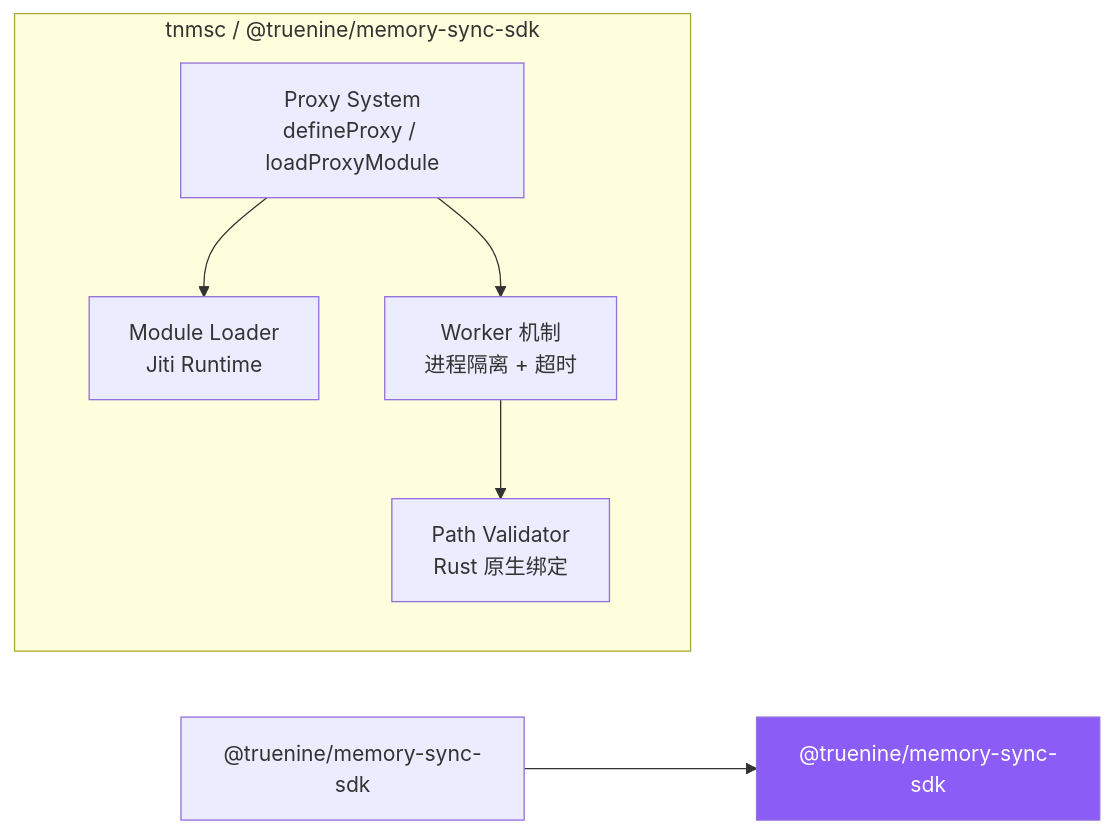
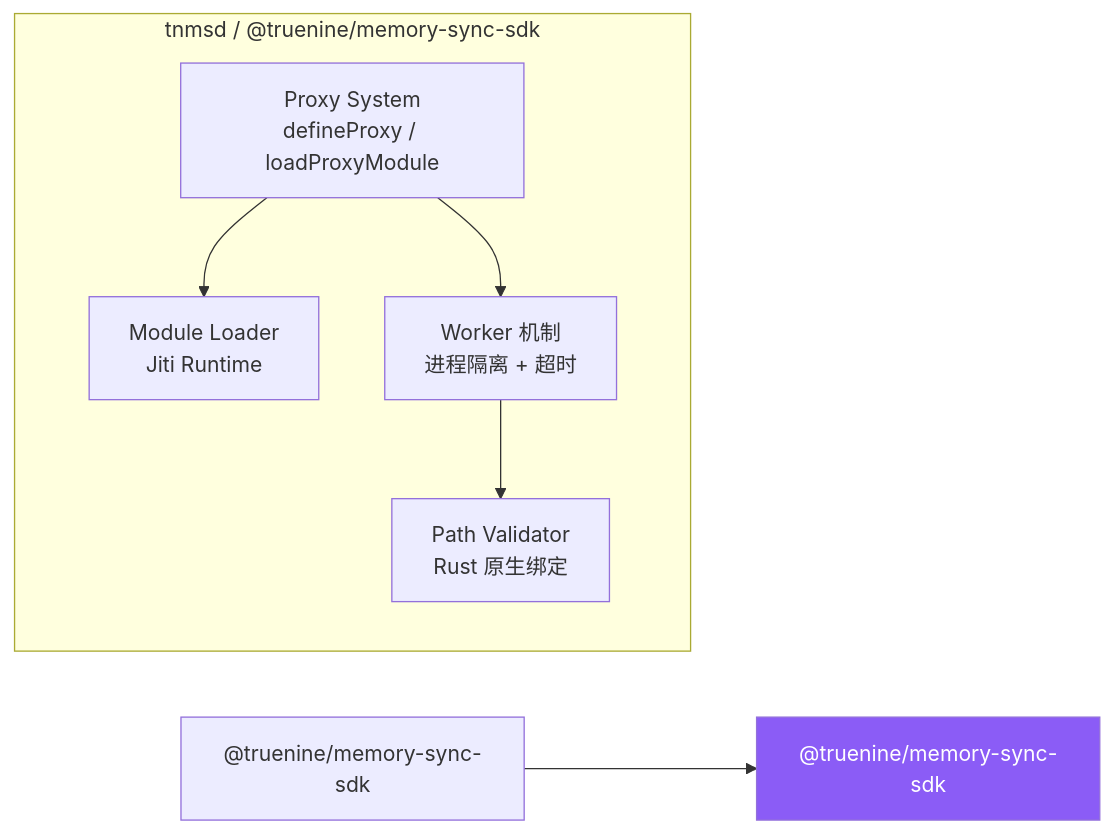
The fourth of 6 diagrams in doc/content/sdk/architecture.mdx (TrueNine/memory-sync), drawn with Mermaid before and after one commit. The commit also changed other lines of this file and 9 other files, not shown here.

Commit message:
refactor: update documentation and references from tnmsc to tnmsd across multiple files

````diff
--- a/doc/content/sdk/architecture.mdx
+++ b/doc/content/sdk/architecture.mdx
@@ -202,18 +202,18 @@
 ```mermaid
 graph LR
     SDK["@truenine/memory-sync-sdk"] --> SR["@truenine/memory-sync-sdk"]
 
-    subgraph ScriptRuntime["tnmsc / @truenine/memory-sync-sdk"]
+    subgraph ScriptRuntime["tnmsd / @truenine/memory-sync-sdk"]
         direction TB
         SR_LOADER["Module Loader<br/>Jiti Runtime"]
         SR_PATH["Path Validator<br/>Rust 原生绑定"]
         SR_WORKER["Worker 机制<br/>进程隔离 + 超时"]
         SR_PROXY["Proxy System<br/>defineProxy / loadProxyModule"]
     end
 
     SR_PROXY --> SR_LOADER
     SR_PROXY --> SR_WORKER
     SR_WORKER --> SR_PATH
 
     style SR fill:#8b5cf6,color:#fff
 ```
````
